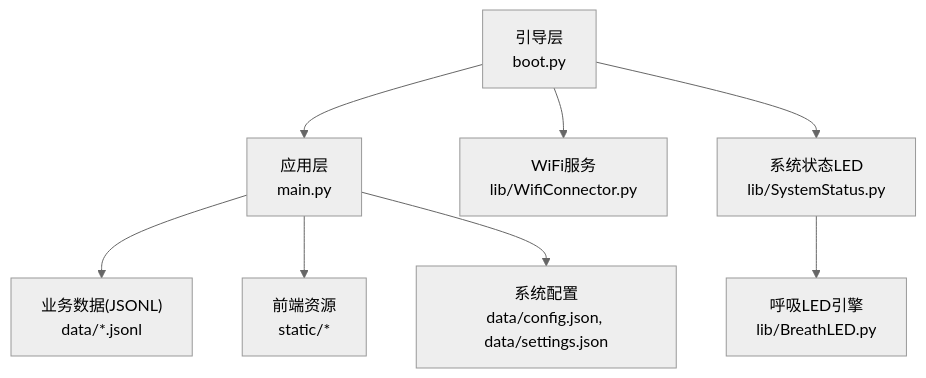
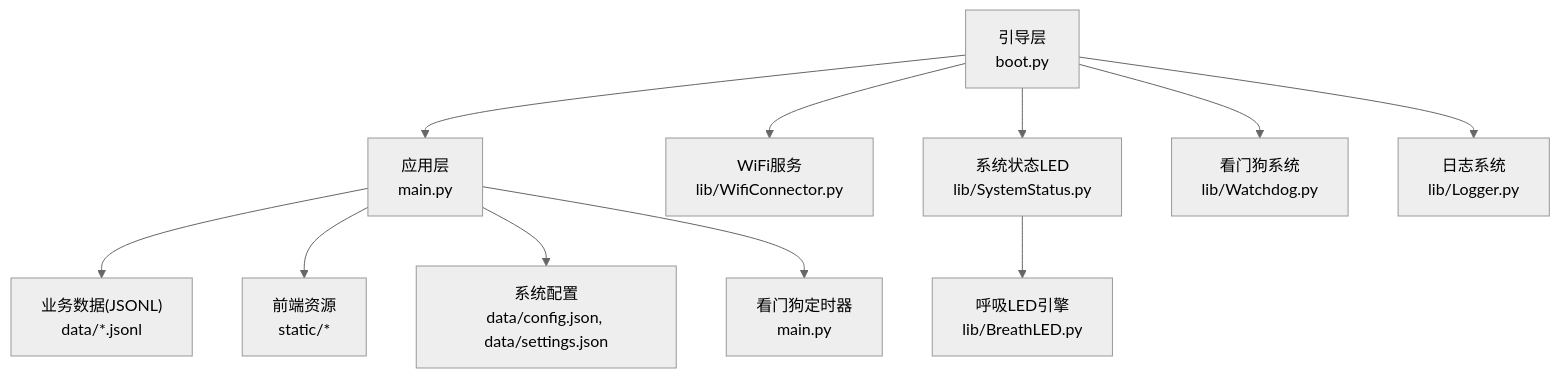
One commit to qq20739111/weilushishe-lishitai changed the first of 9 diagrams in .qoder/repowiki/zh/content/故障排除/故障排除.md. Above: the diagram before and after it, drawn with Mermaid (neutral theme). The commit also changed other lines of this file and 23 other files, not shown here.

````diff
--- a/.qoder/repowiki/zh/content/故障排除/故障排除.md
+++ b/.qoder/repowiki/zh/content/故障排除/故障排除.md
@@ -39,10 +39,13 @@
 ```mermaid
 graph TB
 Boot["引导层<br/>boot.py"] --> Main["应用层<br/>main.py"]
 Boot --> Wifi["WiFi服务<br/>lib/WifiConnector.py"]
 Boot --> Status["系统状态LED<br/>lib/SystemStatus.py"]
+Boot --> Watchdog["看门狗系统<br/>lib/Watchdog.py"]
+Boot --> Logger["日志系统<br/>lib/Logger.py"]
 Status --> Breath["呼吸LED引擎<br/>lib/BreathLED.py"]
 Main --> DB["业务数据(JSONL)<br/>data/*.jsonl"]
 Main --> Static["前端资源<br/>static/*"]
 Main --> Config["系统配置<br/>data/config.json, data/settings.json"]
+Main --> WatchdogTimer["看门狗定时器<br/>main.py"]
 ```
````
